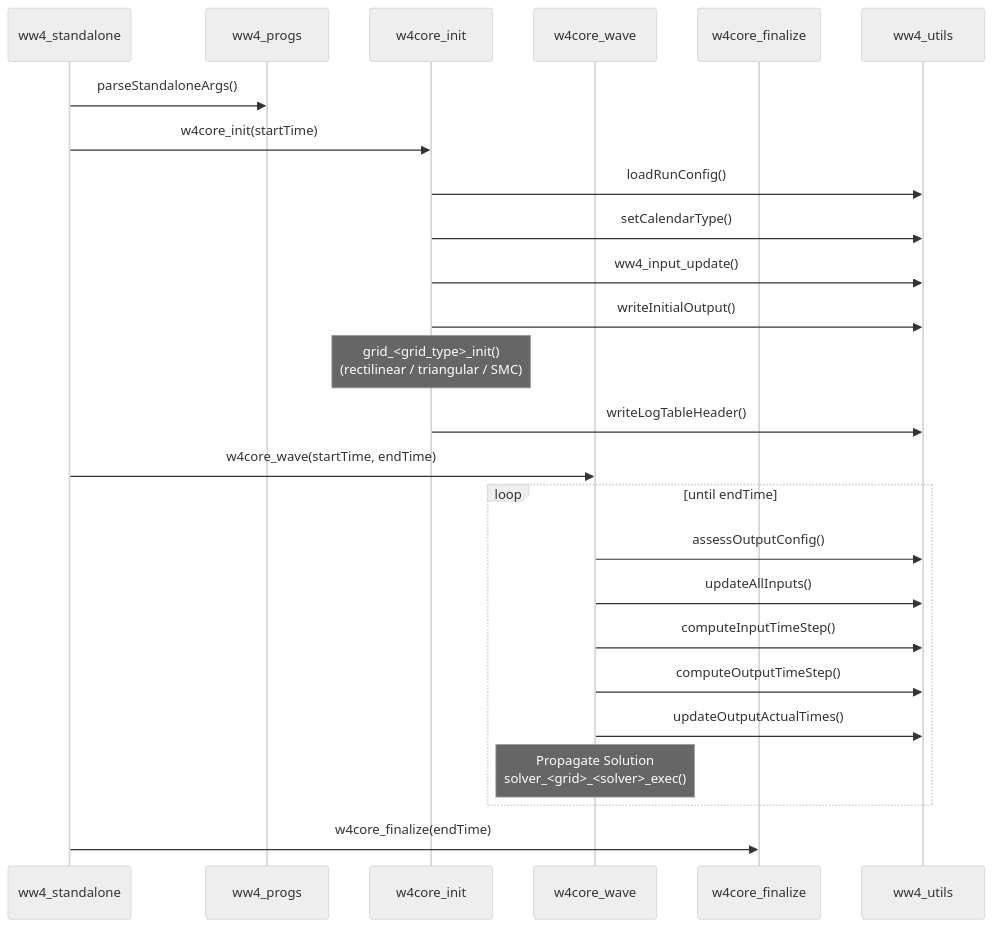
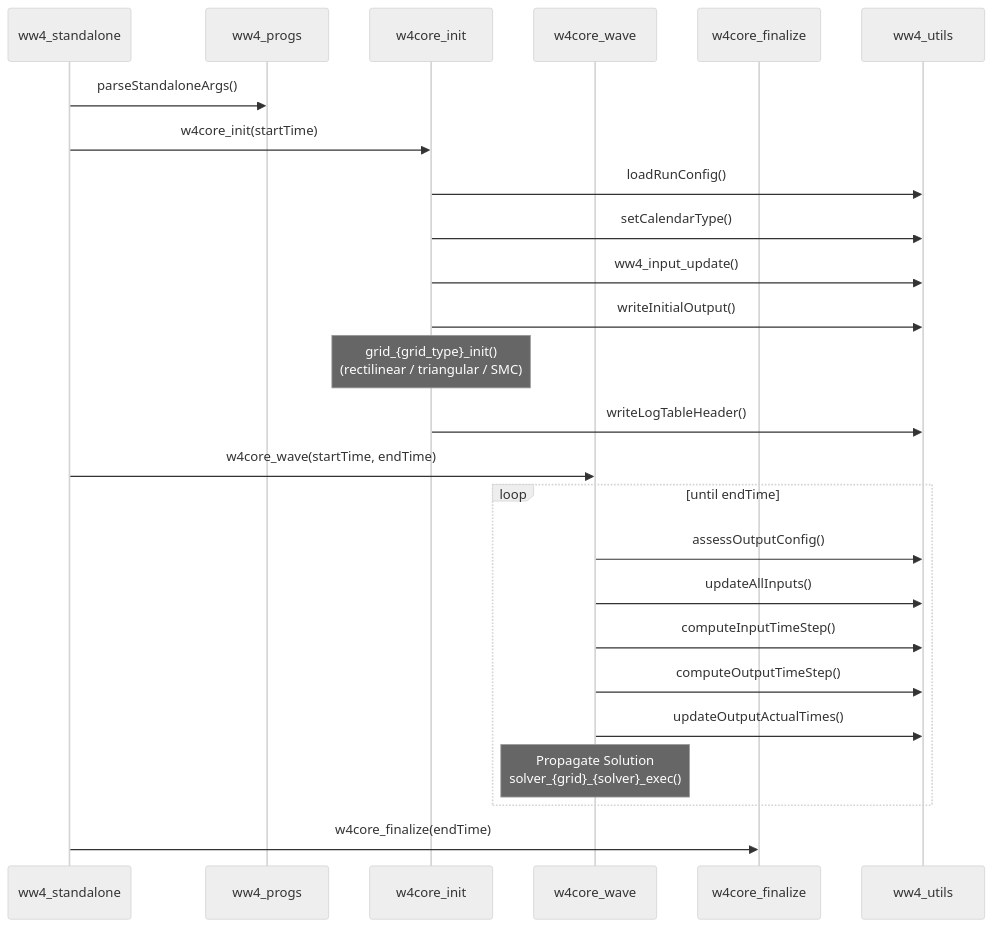
The second of 6 diagrams in ARCHITECTURE.md (HendrikTolman-NOAA/WW4_HLT), drawn with Mermaid (neutral theme) before and after one commit.

Commit message:
ARCHITECTURE.md: avoid angle-bracket placeholders in sequence notes

````diff
--- a/ARCHITECTURE.md
+++ b/ARCHITECTURE.md
@@ -74,30 +74,30 @@
 ```mermaid
 sequenceDiagram
     participant SA as ww4_standalone
     participant PROGS as ww4_progs
     participant INIT as w4core_init
     participant WAVE as w4core_wave
     participant FINL as w4core_finalize
     participant UTILS as ww4_utils
 
     SA->>PROGS: parseStandaloneArgs()
     SA->>INIT: w4core_init(startTime)
     INIT->>UTILS: loadRunConfig()
     INIT->>UTILS: setCalendarType()
     INIT->>UTILS: ww4_input_update()
     INIT->>UTILS: writeInitialOutput()
-    Note over INIT: grid_<grid_type>_init()<br/>(rectilinear / triangular / SMC)
+    Note over INIT: grid_{grid_type}_init()<br/>(rectilinear / triangular / SMC)
     INIT->>UTILS: writeLogTableHeader()
 
     SA->>WAVE: w4core_wave(startTime, endTime)
     loop until endTime
         WAVE->>UTILS: assessOutputConfig()
         WAVE->>UTILS: updateAllInputs()
         WAVE->>UTILS: computeInputTimeStep()
         WAVE->>UTILS: computeOutputTimeStep()
         WAVE->>UTILS: updateOutputActualTimes()
-        Note over WAVE: Propagate Solution<br/>solver_<grid>_<solver>_exec()
+        Note over WAVE: Propagate Solution<br/>solver_{grid}_{solver}_exec()
     end
 
     SA->>FINL: w4core_finalize(endTime)
 ```
````
